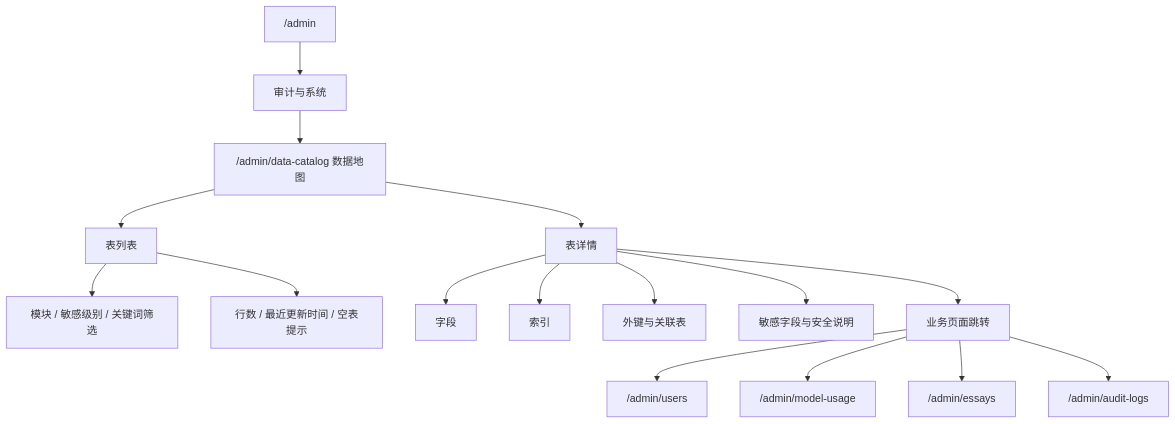
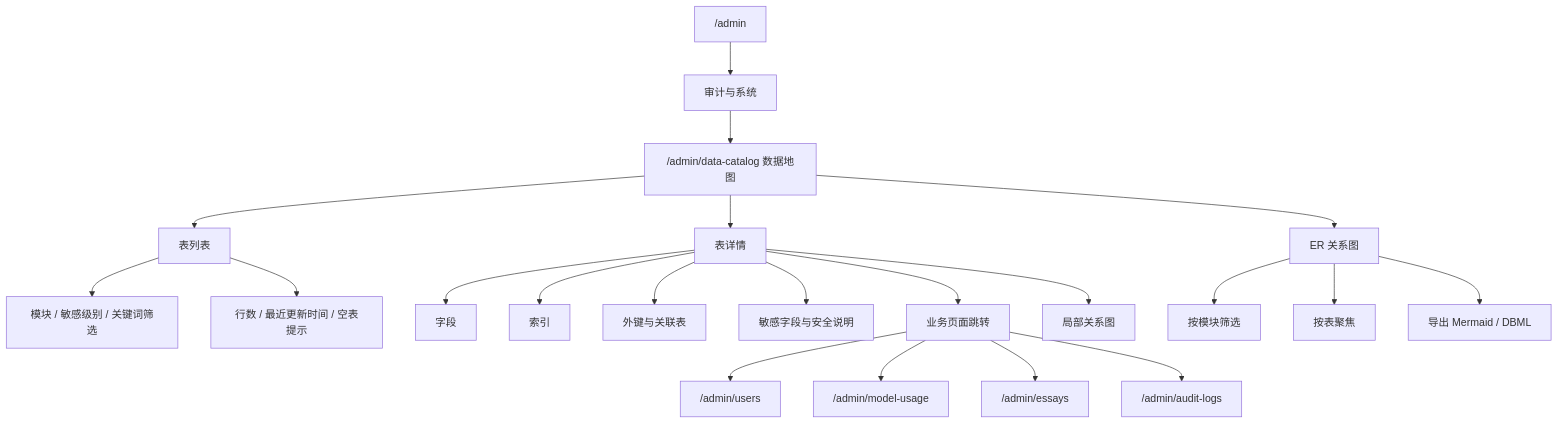
One commit to LiMing0016/personalenglishai changed the diagram in docs/admin/data-catalog-design.md. Above: the diagram before and after it, drawn with Mermaid. The commit also changed other lines of this file and 18 other files, not shown here.

Commit message:
feat(admin): 增强数据地图自动发现与ER图展示

````diff
--- a/docs/admin/data-catalog-design.md
+++ b/docs/admin/data-catalog-design.md
@@ -71,22 +73,28 @@
 ```mermaid
 flowchart TB
   ADMIN["/admin"] --> SYSTEM["审计与系统"]
   SYSTEM --> DATA_CATALOG["/admin/data-catalog 数据地图"]
 
   DATA_CATALOG --> TABLE_LIST["表列表"]
   DATA_CATALOG --> TABLE_DETAIL["表详情"]
+  DATA_CATALOG --> ER_GRAPH["ER 关系图"]
 
   TABLE_LIST --> FILTERS["模块 / 敏感级别 / 关键词筛选"]
   TABLE_LIST --> HEALTH["行数 / 最近更新时间 / 空表提示"]
 
   TABLE_DETAIL --> COLUMNS["字段"]
   TABLE_DETAIL --> INDEXES["索引"]
   TABLE_DETAIL --> RELATIONS["外键与关联表"]
   TABLE_DETAIL --> SECURITY["敏感字段与安全说明"]
   TABLE_DETAIL --> ROUTE["业务页面跳转"]
+  TABLE_DETAIL --> LOCAL_GRAPH["局部关系图"]
+
+  ER_GRAPH --> MODULE_GRAPH["按模块筛选"]
+  ER_GRAPH --> FOCUS_GRAPH["按表聚焦"]
+  ER_GRAPH --> EXPORT["导出 Mermaid / DBML"]
 
   ROUTE --> USERS["/admin/users"]
   ROUTE --> MODEL_USAGE["/admin/model-usage"]
   ROUTE --> ESSAYS["/admin/essays"]
   ROUTE --> AUDIT["/admin/audit-logs"]
 ```
````
